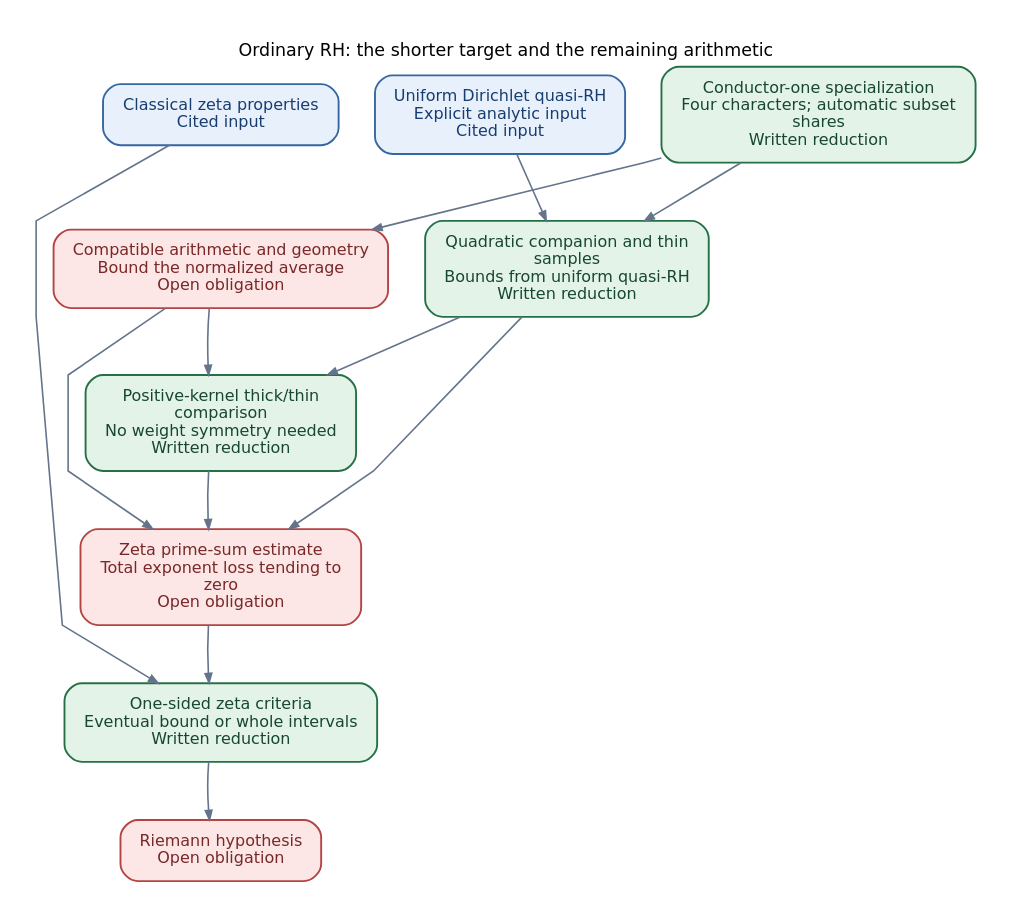
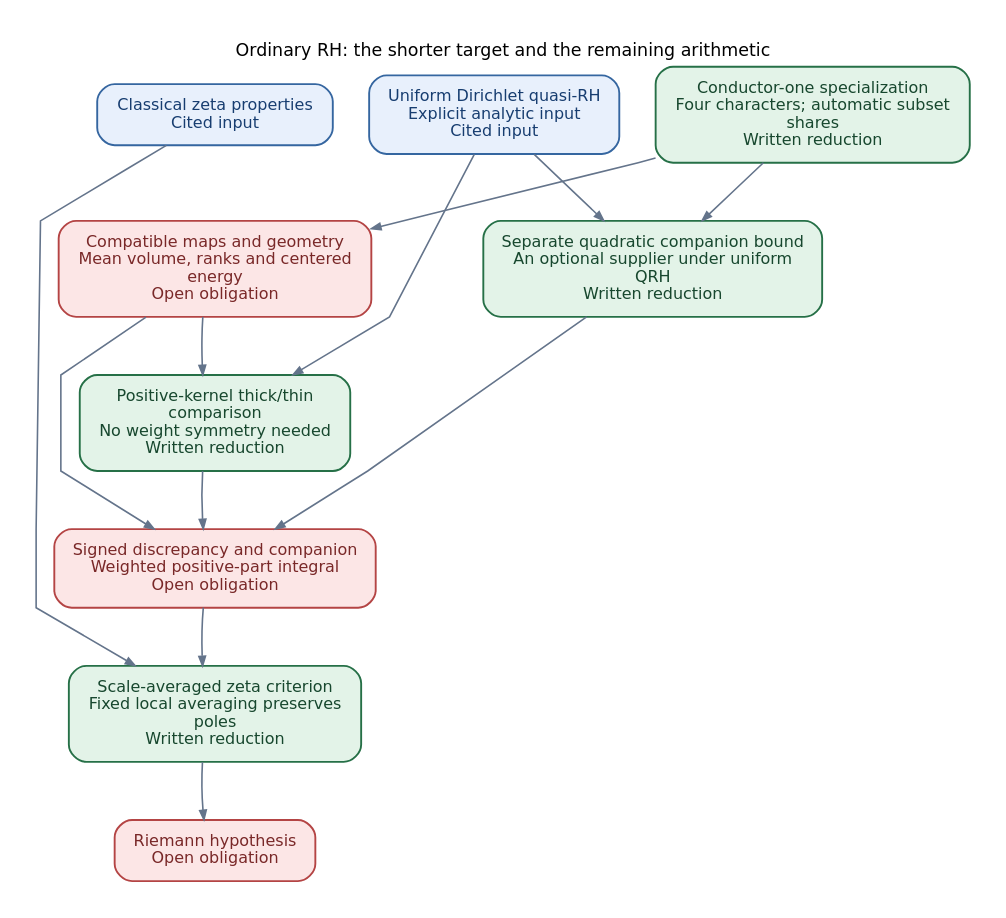
One commit to JoseBrox/GRH_distillation changed the diagram in blueprint/rh.dot. Above: the diagram before and after it, drawn with Graphviz. The commit also changed 47 other files, not shown here.

Commit message:
Integrate averaged criteria, geometric reductions and seven-page guide

```diff
--- a/blueprint/rh.dot
+++ b/blueprint/rh.dot
@@ -1,43 +1,43 @@
 digraph proof {
 graph [rankdir=TB, bgcolor="white", pad="0.24", nodesep="0.30", ranksep="0.48",
   fontname="DejaVu Sans", fontsize=12, labelloc=t, label="Ordinary RH: the shorter target and the remaining arithmetic", splines=polyline];
 node [shape=box, style="rounded,filled", fontname="DejaVu Sans", fontsize=11,
   margin="0.18,0.12", penwidth=1.3];
 edge [color="#64748B", penwidth=1.1, arrowsize=0.65];
 graph [nodesep="0.35", ranksep="0.55"];
 "rh_classical" [label="Classical zeta properties\nCited input", fillcolor="#E8F0FC", color="#3566A0", fontcolor="#173D70"];
 "rh_qrh" [label="Uniform Dirichlet quasi-RH\nExplicit analytic input\nCited input", fillcolor="#E8F0FC", color="#3566A0", fontcolor="#173D70"];
 "rh_four" [label="Conductor-one specialization\nFour characters; automatic subset\nshares\nWritten reduction", fillcolor="#E3F3E8", color="#267047", fontcolor="#17472E"];
-"rh_data" [label="Compatible arithmetic and geometry\nBound the normalized average\nOpen obligation", fillcolor="#FCE6E6", color="#B44444", fontcolor="#792828"];
+"rh_data" [label="Compatible maps and geometry\nMean volume, ranks and centered\nenergy\nOpen obligation", fillcolor="#FCE6E6", color="#B44444", fontcolor="#792828"];
 "rh_transfer" [label="Positive-kernel thick/thin\ncomparison\nNo weight symmetry needed\nWritten reduction", fillcolor="#E3F3E8", color="#267047", fontcolor="#17472E"];
-"rh_companion" [label="Quadratic companion and thin\nsamples\nBounds from uniform quasi-RH\nWritten reduction", fillcolor="#E3F3E8", color="#267047", fontcolor="#17472E"];
-"rh_bound" [label="Zeta prime-sum estimate\nTotal exponent loss tending to\nzero\nOpen obligation", fillcolor="#FCE6E6", color="#B44444", fontcolor="#792828"];
-"rh_criterion" [label="One-sided zeta criteria\nEventual bound or whole intervals\nWritten reduction", fillcolor="#E3F3E8", color="#267047", fontcolor="#17472E"];
+"rh_companion" [label="Separate quadratic companion bound\nAn optional supplier under uniform\nQRH\nWritten reduction", fillcolor="#E3F3E8", color="#267047", fontcolor="#17472E"];
+"rh_bound" [label="Signed discrepancy and companion\nWeighted positive-part integral\nOpen obligation", fillcolor="#FCE6E6", color="#B44444", fontcolor="#792828"];
+"rh_criterion" [label="Scale-averaged zeta criterion\nFixed local averaging preserves\npoles\nWritten reduction", fillcolor="#E3F3E8", color="#267047", fontcolor="#17472E"];
 "rh_goal" [label="Riemann hypothesis\nOpen obligation", fillcolor="#FCE6E6", color="#B44444", fontcolor="#792828"];
 "rh_four" -> "rh_data";
 "rh_four" -> "rh_companion";
 "rh_qrh" -> "rh_companion";
 "rh_data" -> "rh_transfer";
-"rh_companion" -> "rh_transfer";
 "rh_data" -> "rh_bound";
 "rh_transfer" -> "rh_bound";
 "rh_companion" -> "rh_bound";
 "rh_bound" -> "rh_criterion";
 "rh_classical" -> "rh_criterion";
 "rh_criterion" -> "rh_goal";
+"rh_qrh" -> "rh_transfer";
 {rank=same; "rh_classical"; "rh_qrh"; "rh_four";}
 {rank=same; "rh_data"; "rh_companion";}
 {rank=same; "rh_transfer";}
 {rank=same; "rh_bound";}
 {rank=same; "rh_criterion";}
 {rank=same; "rh_goal";}
 // Invisible edges below control layout only; they are not proof interfaces.
 "rh_classical" -> "rh_qrh" [style=invis, weight=50];
 "rh_qrh" -> "rh_four" [style=invis, weight=50];
 "rh_data" -> "rh_companion" [style=invis, weight=50];
 "rh_classical" -> "rh_data" [style=invis, weight=50];
 "rh_data" -> "rh_transfer" [style=invis, weight=50];
 "rh_transfer" -> "rh_bound" [style=invis, weight=50];
 "rh_bound" -> "rh_criterion" [style=invis, weight=50];
 "rh_criterion" -> "rh_goal" [style=invis, weight=50];
 }
```
